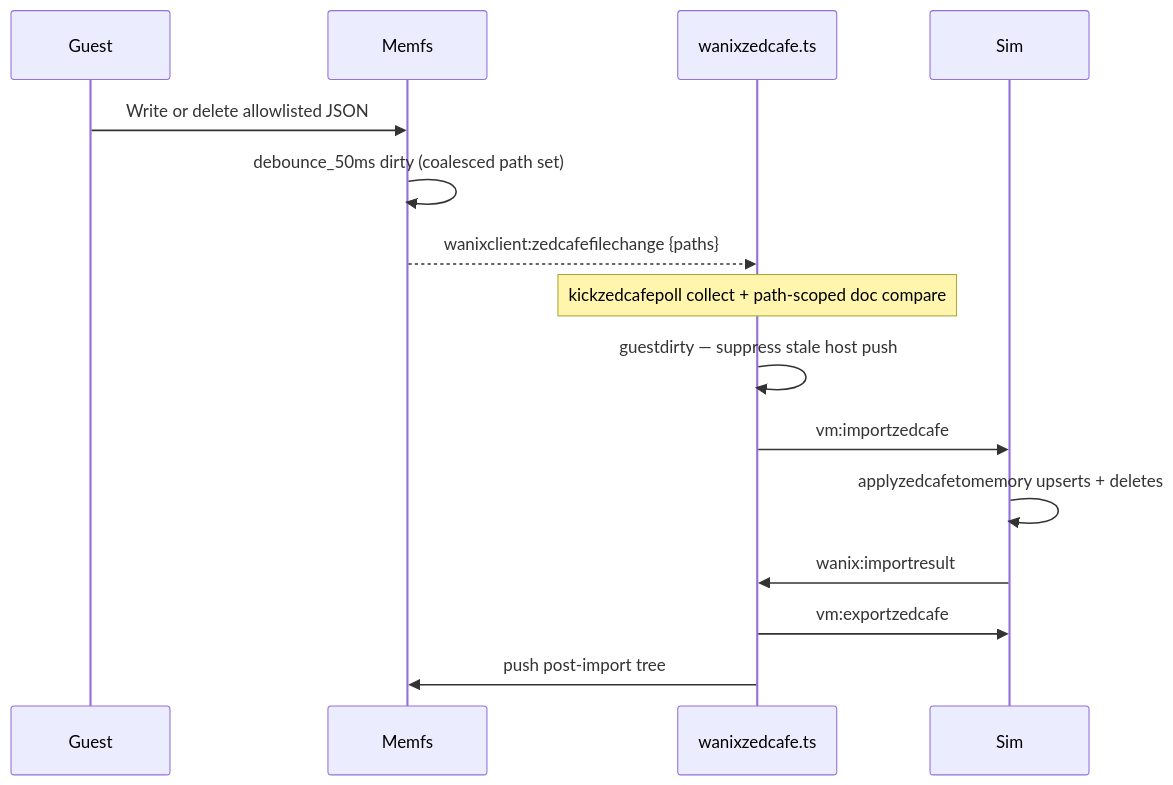
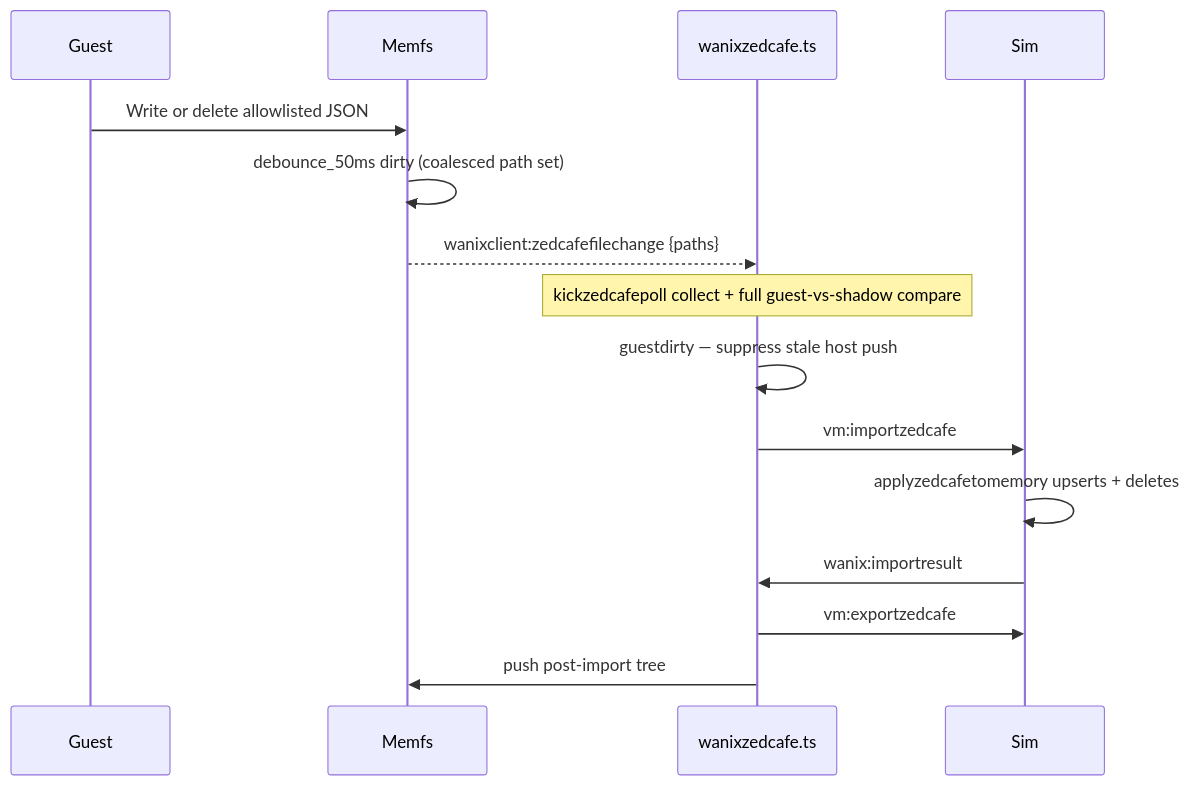
Before and after one commit to goldbuick/zed-software-system: the fourth of 9 diagrams in zss/feature/wanix/README.md, drawn with Mermaid. The commit also changed other lines of this file and 17 other files, not shown here.

````diff
--- a/zss/feature/wanix/README.md
+++ b/zss/feature/wanix/README.md
@@ -233,18 +233,18 @@
 ```mermaid
 sequenceDiagram
   participant Guest
   participant Memfs
   participant Parent as wanixzedcafe.ts
   participant Sim
 
   Guest->>Memfs: Write or delete allowlisted JSON
   Memfs->>Memfs: debounce_50ms dirty (coalesced path set)
   Memfs-->>Parent: wanixclient:zedcafefilechange {paths}
-  Note over Parent: kickzedcafepoll collect + path-scoped doc compare
+  Note over Parent: kickzedcafepoll collect + full guest-vs-shadow compare
   Parent->>Parent: guestdirty — suppress stale host push
   Parent->>Sim: vm:importzedcafe
   Sim->>Sim: applyzedcafetomemory upserts + deletes
   Sim->>Parent: wanix:importresult
   Parent->>Sim: vm:exportzedcafe
   Parent->>Memfs: push post-import tree
 ```
````
